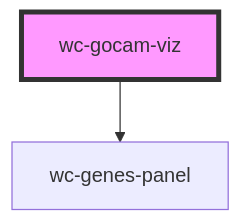
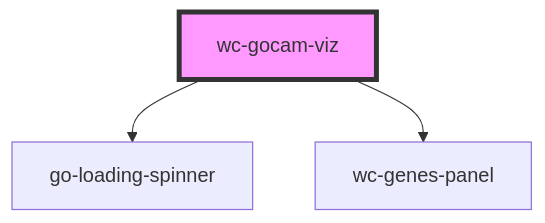
The diagram in src/components/gocam-viz/readme.md (geneontology/wc-gocam-viz), drawn with Mermaid before and after one commit. The commit also changed other lines of this file and 10 other files, not shown here.

````diff
--- a/src/components/gocam-viz/readme.md
+++ b/src/components/gocam-viz/readme.md
@@ -67,5 +68,6 @@
 ```mermaid
 graph TD;
+  wc-gocam-viz --> go-loading-spinner
   wc-gocam-viz --> wc-genes-panel
   style wc-gocam-viz fill:#f9f,stroke:#333,stroke-width:4px
 ```
````
